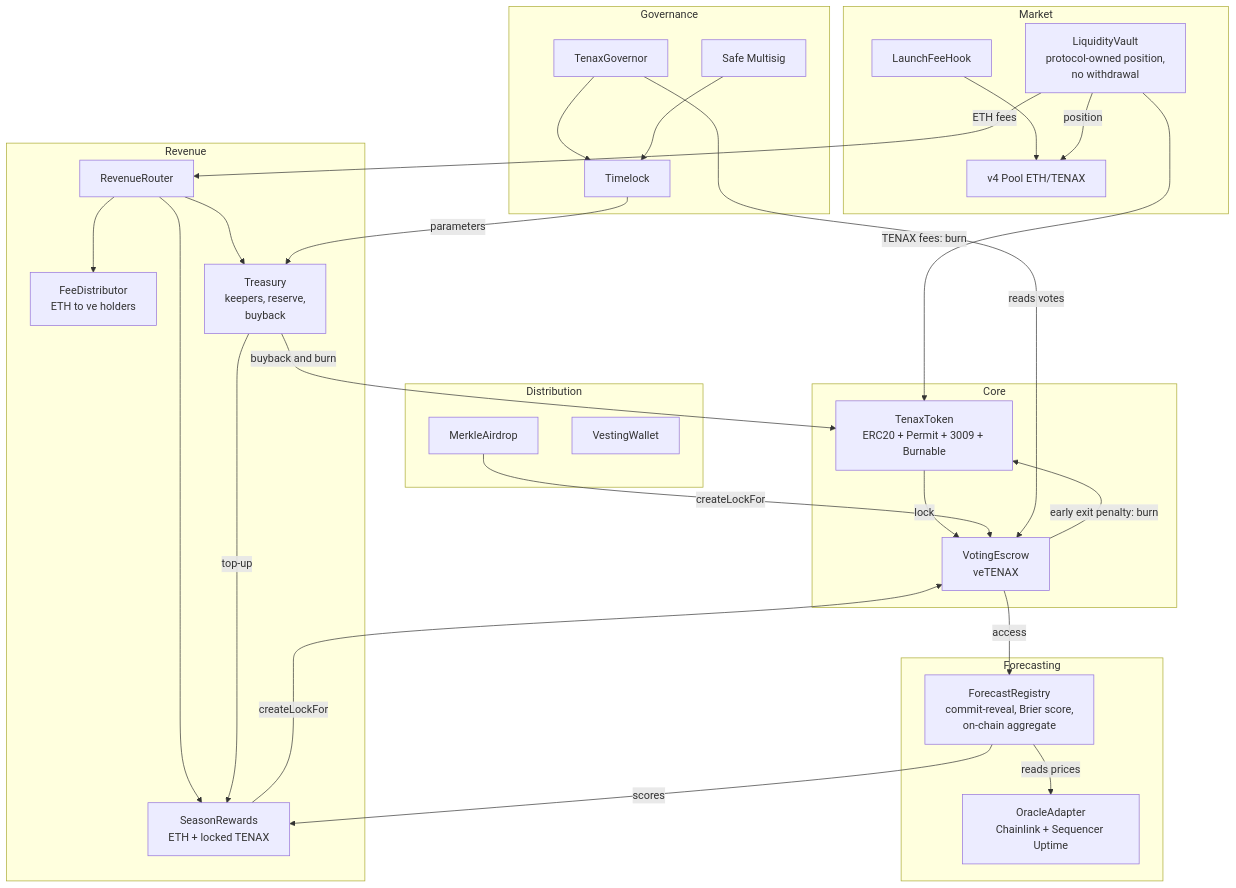
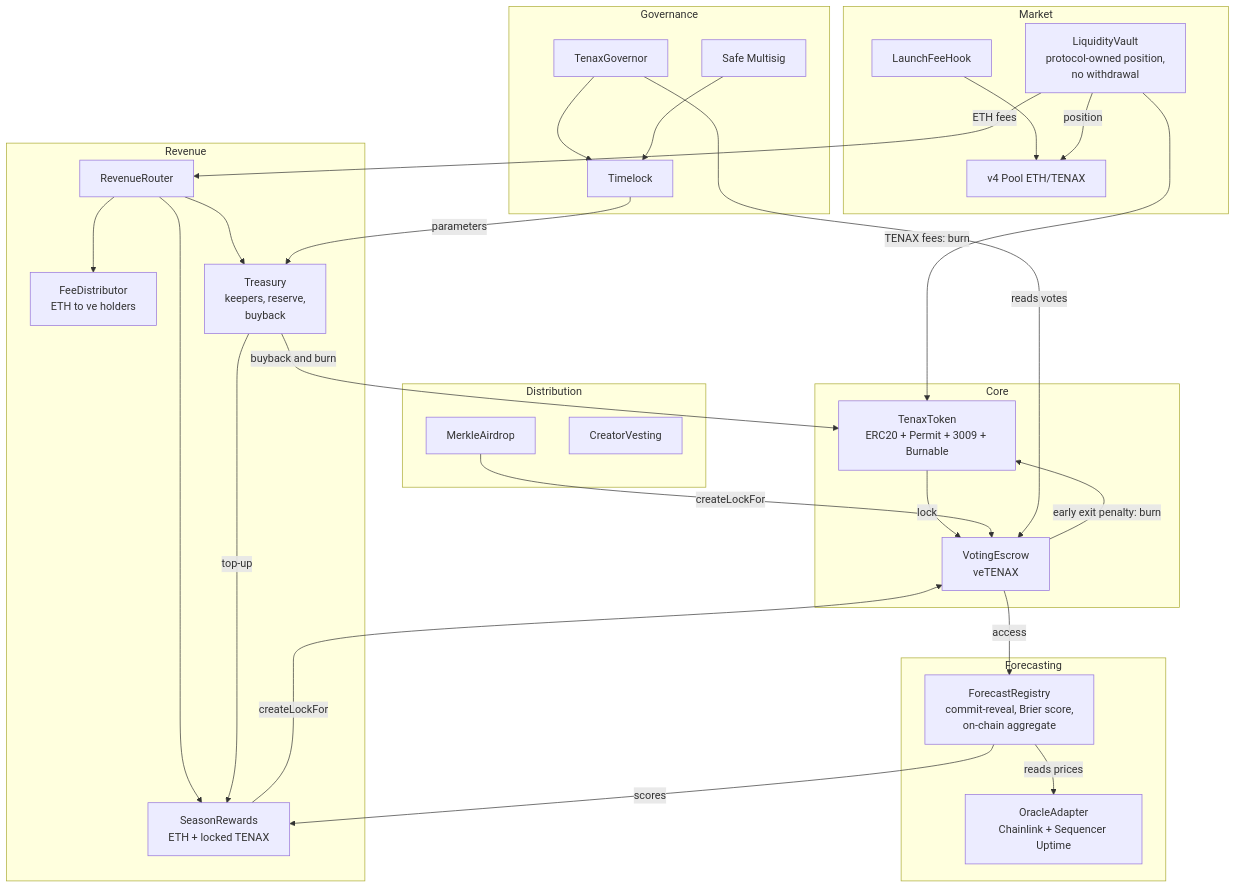
Before and after one commit to Tenax-Protocol/Tenax-Protocol: the diagram in docs/WHITEPAPER.md, drawn with Mermaid. The commit also changed other lines of this file and 18 other files, not shown here.

````diff
--- a/docs/WHITEPAPER.md
+++ b/docs/WHITEPAPER.md
@@ -63,55 +63,55 @@
 ```mermaid
 flowchart TB
     subgraph Core
         T[TenaxToken<br/>ERC20 + Permit + 3009 + Burnable]
         VE[VotingEscrow<br/>veTENAX]
     end
 
     subgraph Forecasting
         FR[ForecastRegistry<br/>commit-reveal, Brier score,<br/>on-chain aggregate]
         OA[OracleAdapter<br/>Chainlink + Sequencer Uptime]
     end
 
     subgraph Market
         H[LaunchFeeHook]
         P[v4 Pool ETH/TENAX]
         LV[LiquidityVault<br/>protocol-owned position,<br/>no withdrawal]
     end
 
     subgraph Revenue
         RR[RevenueRouter]
         FD[FeeDistributor<br/>ETH to ve holders]
         SR[SeasonRewards<br/>ETH + locked TENAX]
         TR[Treasury<br/>keepers, reserve,<br/>buyback]
     end
 
     subgraph Distribution
         M[MerkleAirdrop]
-        V[VestingWallet]
+        V[CreatorVesting]
     end
 
     subgraph Governance
         G[TenaxGovernor]
         TL[Timelock]
         MS[Safe Multisig]
     end
 
     T -->|lock| VE
     VE -->|early exit penalty: burn| T
     VE -->|access| FR
     FR -->|reads prices| OA
     H --> P
     LV -->|position| P
     LV -->|ETH fees| RR
     LV -->|TENAX fees: burn| T
     RR --> SR & FD & TR
     TR -->|buyback and burn| T
     TR -->|top-up| SR
     FR -->|scores| SR
     SR -->|createLockFor| VE
     M -->|createLockFor| VE
     G -->|reads votes| VE
     G --> TL
     MS --> TL
     TL -->|parameters| TR
 ```
````
